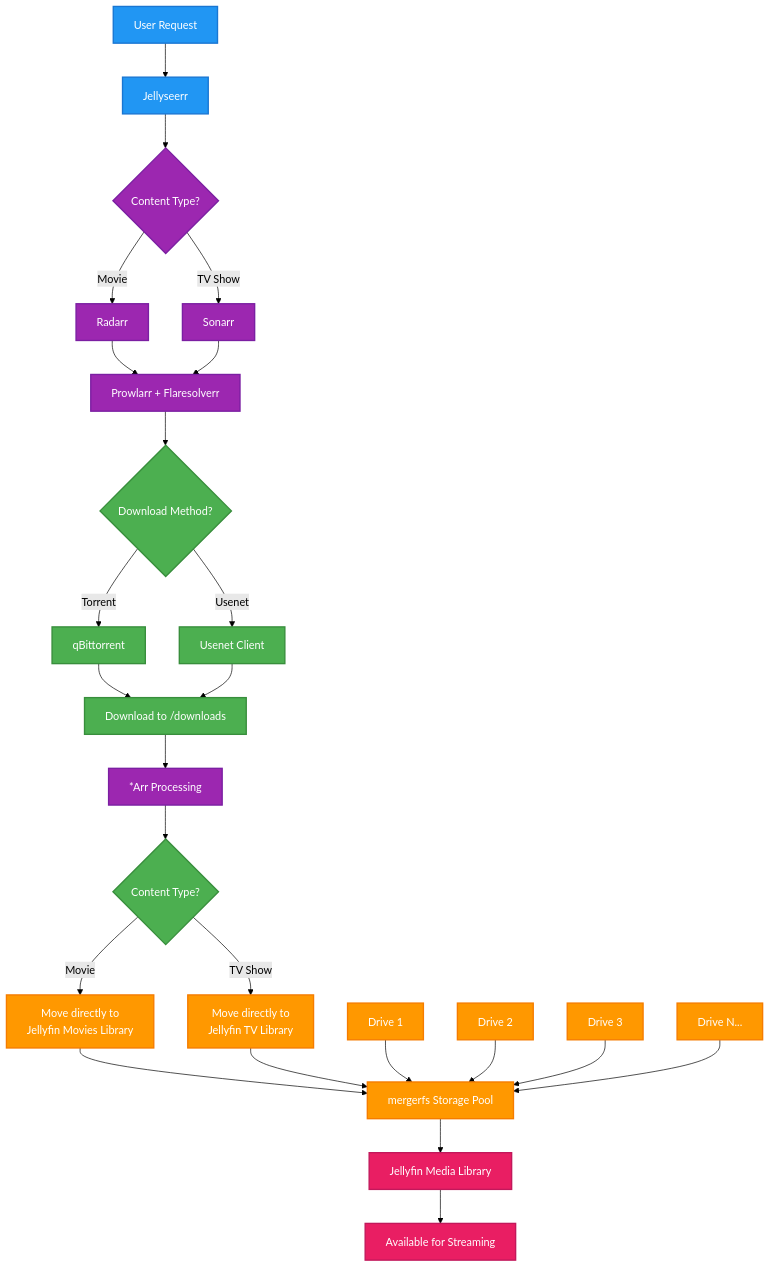
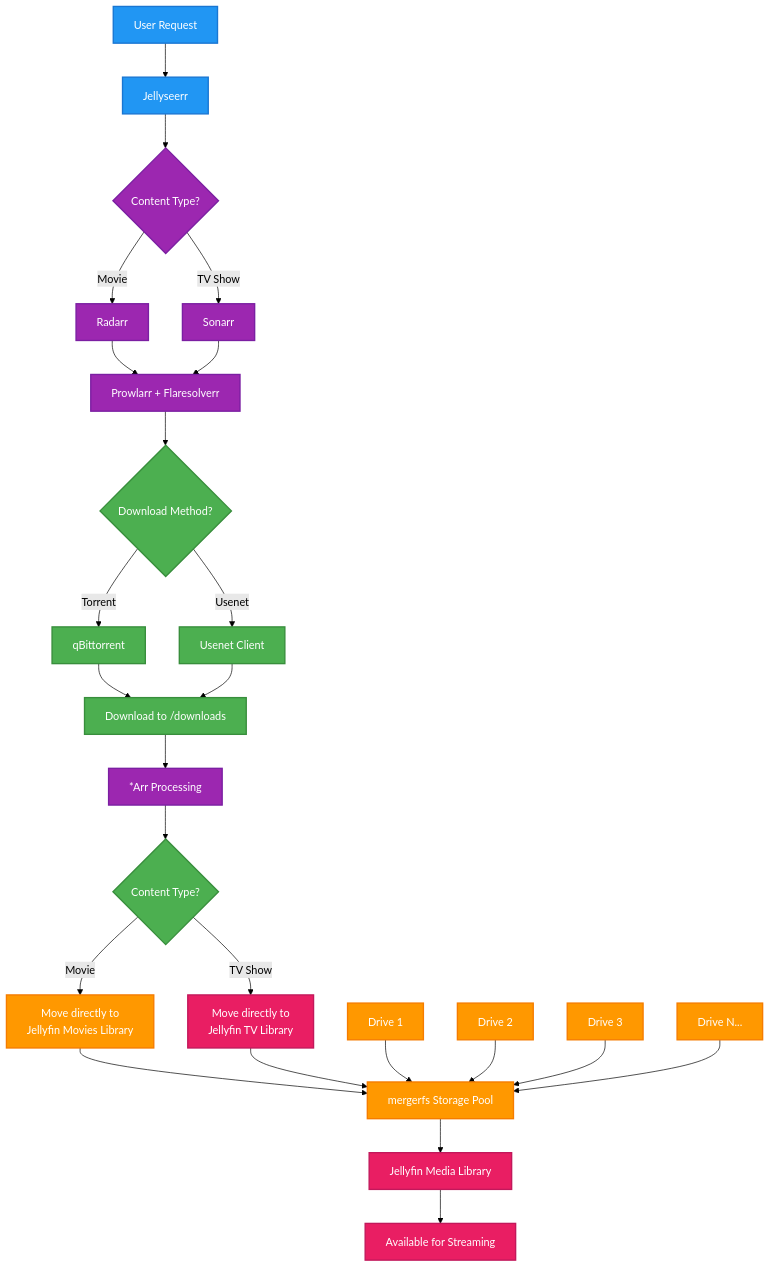
The diagram in docs/Examples/Arr Suite/Docs/01-Media Management Workflow.mdx (TrueBankai416/BankaiTechDocs), drawn with Mermaid (forest theme) before and after one commit. The commit also changed other lines of this file, not shown here.

First line of the commit message:
Final polish: fix Mermaid colors and Docker integration examples

````diff
--- a/docs/Examples/Arr Suite/Docs/01-Media Management Workflow.mdx
+++ b/docs/Examples/Arr Suite/Docs/01-Media Management Workflow.mdx
@@ -21,49 +21,49 @@
 ```mermaid
 flowchart TD
     A[User Request] --> B[Jellyseerr]
     B --> C{Content Type?}
     
     C -->|Movie| D[Radarr]
     C -->|TV Show| E[Sonarr]
     
     D --> F[Prowlarr + Flaresolverr]
     E --> F
     
     F --> G{Download Method?}
     G -->|Torrent| H[qBittorrent]
     G -->|Usenet| I[Usenet Client]
     
     H --> J[Download to /downloads]
     I --> J
     
     J --> K[*Arr Processing]
     K --> L{Content Type?}
     
     L -->|Movie| M[Move directly to<br/>Jellyfin Movies Library]
     L -->|TV Show| N[Move directly to<br/>Jellyfin TV Library]
     
     M --> O[mergerfs Storage Pool]
     N --> O
     
     O --> P[Jellyfin Media Library]
     P --> Q[Available for Streaming]
     
     %% Storage representation
     R[Drive 1] --> O
     S[Drive 2] --> O
     T[Drive 3] --> O
     U[Drive N...] --> O
     
     %% Styling with better contrast
     classDef requestFlow fill:#2196F3,stroke:#1976D2,stroke-width:2px,color:#fff
     classDef arrSuite fill:#9C27B0,stroke:#7B1FA2,stroke-width:2px,color:#fff
     classDef downloadFlow fill:#4CAF50,stroke:#388E3C,stroke-width:2px,color:#fff
     classDef storageFlow fill:#FF9800,stroke:#F57C00,stroke-width:2px,color:#fff
     classDef finalFlow fill:#E91E63,stroke:#C2185B,stroke-width:2px,color:#fff
     
     class A,B requestFlow
     class C,D,E,F,K arrSuite
     class G,H,I,J,L downloadFlow
-    class M,N,O,R,S,T,U storageFlow
-    class P,Q finalFlow
+    class M,O,R,S,T,U storageFlow
+    class N,P,Q finalFlow
 ```
````
